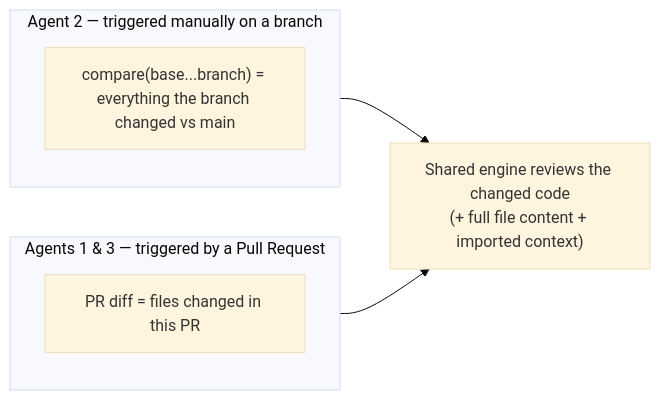
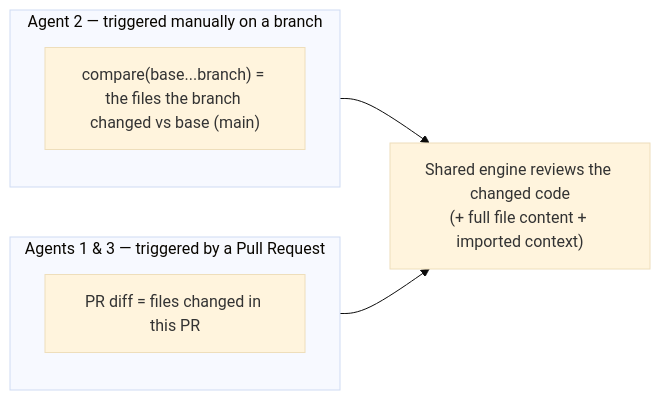
One commit to dsngeu/code-review-agents changed the second of 6 diagrams in docs/HOW-IT-WORKS.md. Above: the diagram before and after it, drawn with Mermaid (base theme). The commit also changed other lines of this file and 4 other files, not shown here.

````diff
--- a/docs/HOW-IT-WORKS.md
+++ b/docs/HOW-IT-WORKS.md
@@ -67,13 +67,13 @@
 ```mermaid
 flowchart LR
     subgraph PR["Agents 1 & 3 — triggered by a Pull Request"]
         direction TB
         PRD["PR diff = files changed in this PR"]
     end
     subgraph BR["Agent 2 — triggered manually on a branch"]
         direction TB
-        BRD["compare(base...branch) = everything the branch changed vs main"]
+        BRD["compare(base...branch) = the files the branch changed vs base (main)"]
     end
     PRD --> ENG["Shared engine reviews the changed code<br/>(+ full file content + imported context)"]
     BRD --> ENG
 ```
````
